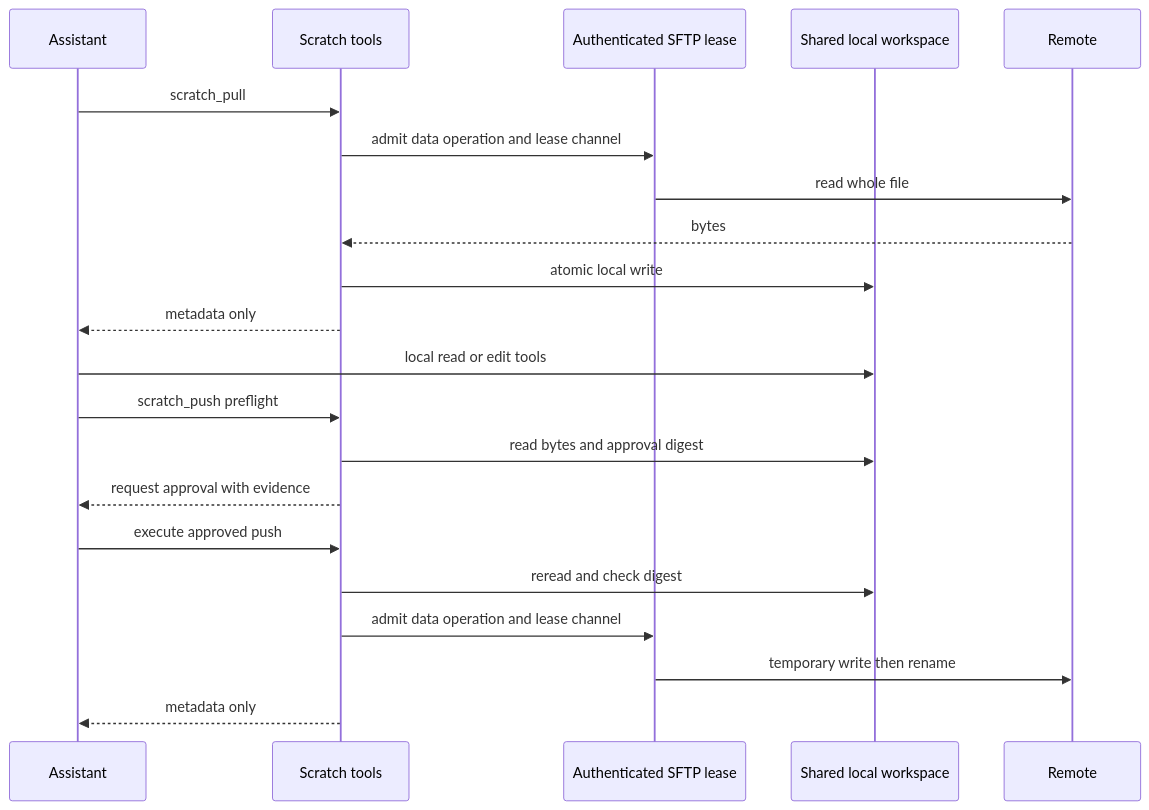
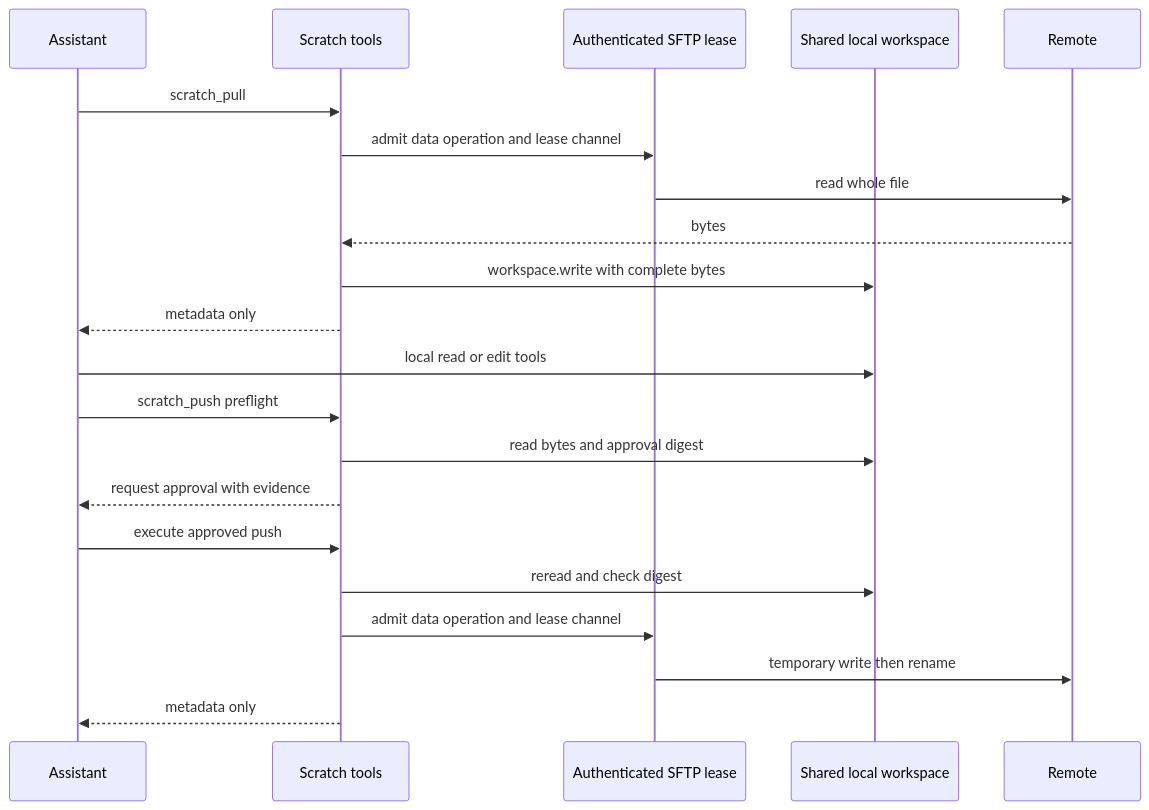
The third of 5 diagrams in openwiki/workflows/sftp-transfer-and-external-edit.md (AkinoKaede/Termind), drawn with Mermaid before and after one commit. The commit also changed other lines of this file and 54 other files, not shown here.

````diff
--- a/openwiki/workflows/sftp-transfer-and-external-edit.md
+++ b/openwiki/workflows/sftp-transfer-and-external-edit.md
@@ -302,23 +290,23 @@
 ```mermaid
 sequenceDiagram
     participant Assistant
     participant Tools as Scratch tools
     participant Pool as Authenticated SFTP lease
     participant Scratch as Shared local workspace
     participant Remote
     Assistant->>Tools: scratch_pull
     Tools->>Pool: admit data operation and lease channel
     Pool->>Remote: read whole file
     Remote-->>Tools: bytes
-    Tools->>Scratch: atomic local write
+    Tools->>Scratch: workspace.write with complete bytes
     Tools-->>Assistant: metadata only
     Assistant->>Scratch: local read or edit tools
     Assistant->>Tools: scratch_push preflight
     Tools->>Scratch: read bytes and approval digest
     Tools-->>Assistant: request approval with evidence
     Assistant->>Tools: execute approved push
     Tools->>Scratch: reread and check digest
     Tools->>Pool: admit data operation and lease channel
     Pool->>Remote: temporary write then rename
     Tools-->>Assistant: metadata only
 ```
````
